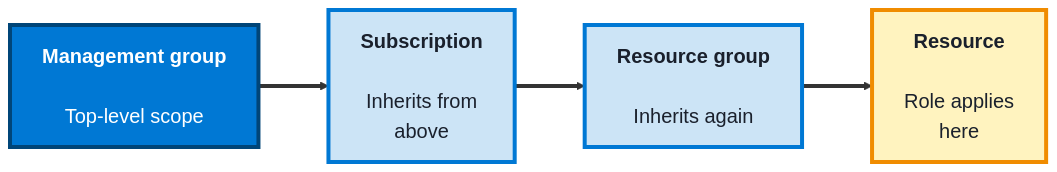
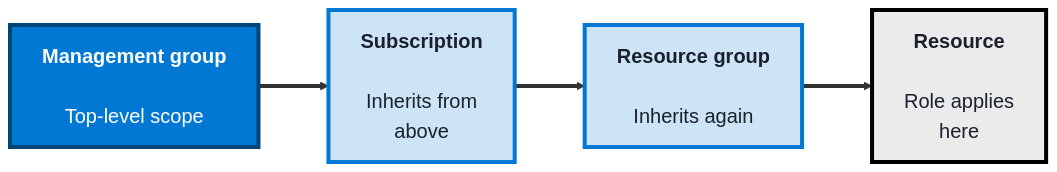
One commit to SHEMODELTECH/shemodeltech changed the second of 3 diagrams in src/Pages/courses/TechGuard/module-6-cloud-security.md. Above: the diagram before and after it, drawn with Mermaid. The commit also changed other lines of this file and 46 other files, not shown here.

````diff
--- a/src/Pages/courses/TechGuard/module-6-cloud-security.md
+++ b/src/Pages/courses/TechGuard/module-6-cloud-security.md
@@ -81,16 +81,16 @@
 ```mermaid
 %%{init: {'theme':'base', 'themeVariables': {'fontSize':'20px', 'primaryTextColor':'#1a202c', 'primaryBorderColor':'#004578', 'lineColor':'#333333'}, 'flowchart': {'nodeSpacing': 55, 'rankSpacing': 70, 'padding': 16}}}%%
 flowchart LR
     MG["<b>Management group</b><br/><br/>Top-level scope"]
     SUB["<b>Subscription</b><br/><br/>Inherits from<br/>above"]
     RG["<b>Resource group</b><br/><br/>Inherits again"]
     RSRC["<b>Resource</b><br/><br/>Role applies<br/>here"]
 
     MG ==> SUB ==> RG ==> RSRC
 
     style MG fill:#0078d4,color:#fff,stroke:#004578,stroke-width:4px
     style SUB fill:#cce4f6,color:#1a202c,stroke:#0078d4,stroke-width:4px
     style RG fill:#cce4f6,color:#1a202c,stroke:#0078d4,stroke-width:4px
-    style RSRC fill:#fff3bf,color:#1a202c,stroke:#f08c00,stroke-width:4px
+    style RSRC fill:#EBEBEB,color:#1a202c,stroke:#000000,stroke-width:4px
     linkStyle default stroke-width:4px,stroke:#333333
 ```
````
